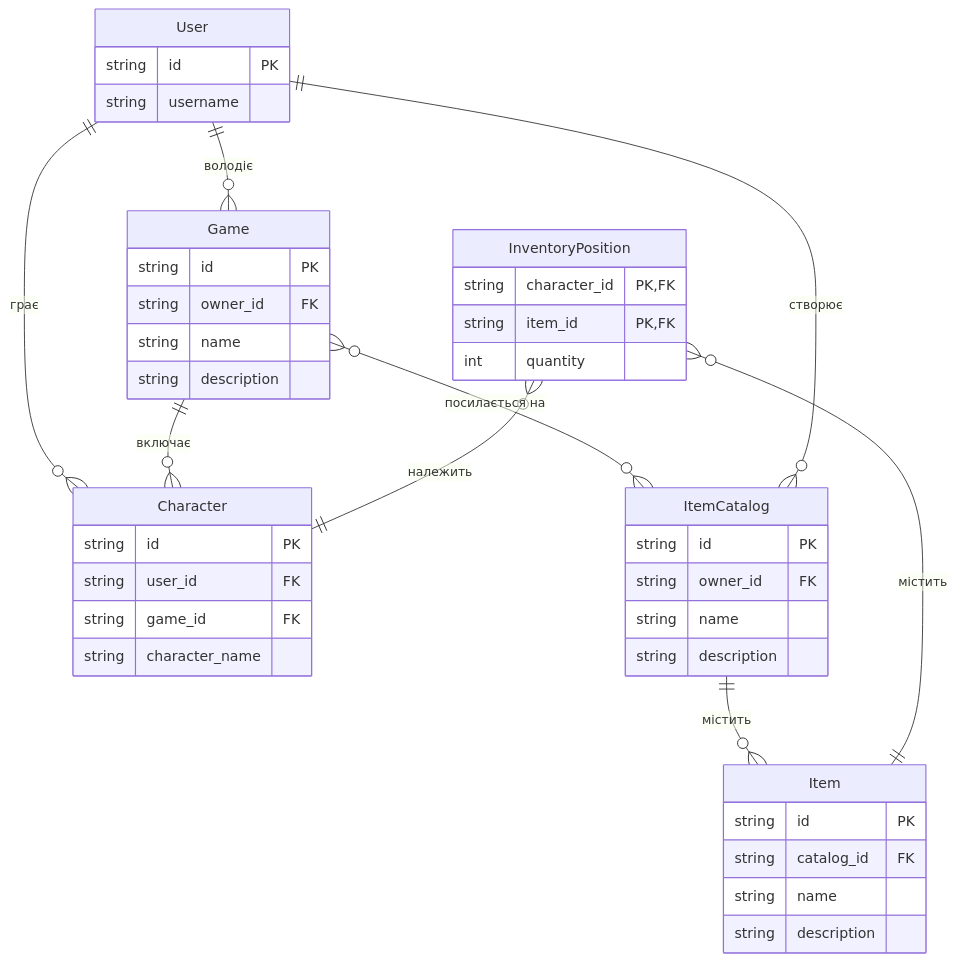
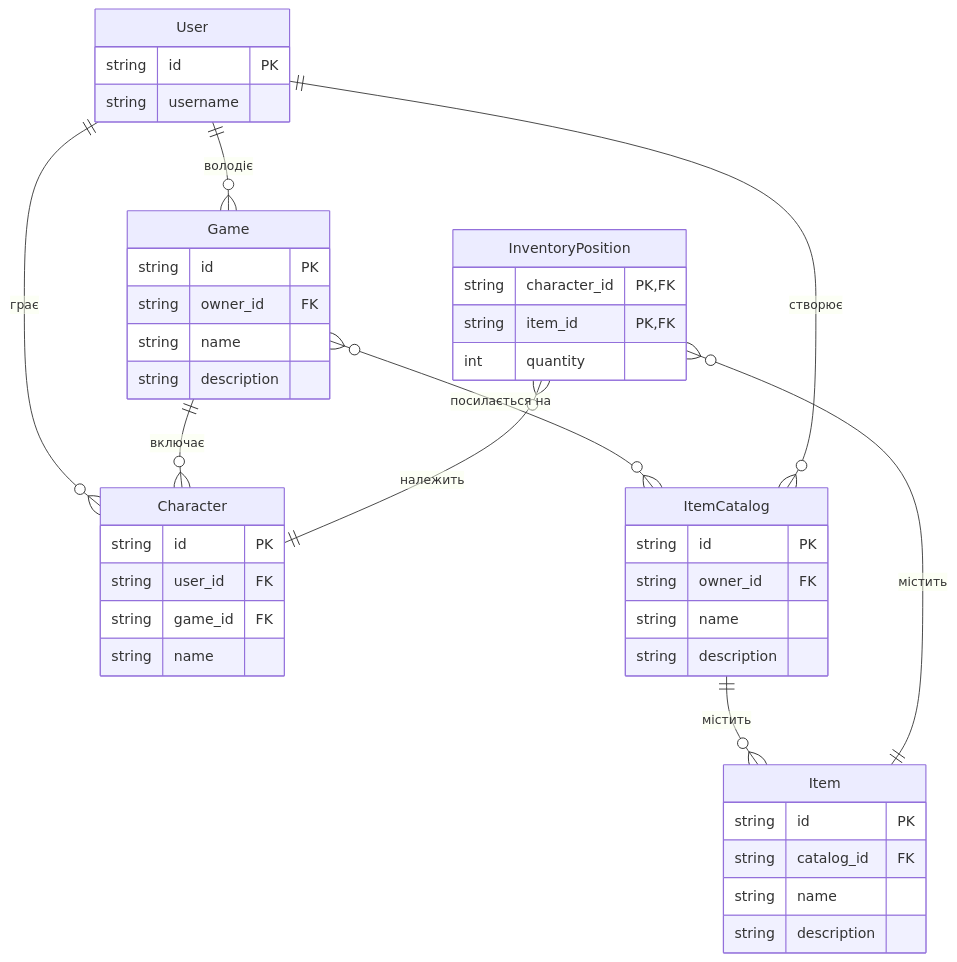
One commit to RealRusLink/rm-labs changed the diagram in 1/diagram.mmd. Above: the diagram before and after it, drawn with Mermaid. The commit also changed 1 other file, not shown here.

Commit message:
fixed attribute name

```diff
--- a/1/diagram.mmd
+++ b/1/diagram.mmd
@@ -1,48 +1,48 @@
 erDiagram
     User ||--o{ Game : "володіє"
     User ||--o{ Character : "грає"
     Game ||--o{ Character : "включає"
     Game }o--o{ ItemCatalog : "посилається на"
     ItemCatalog ||--o{ Item : "містить"
     User ||--o{ ItemCatalog : "створює"
     InventoryPosition }o--|| Item : "містить"
     InventoryPosition }o--|| Character : "належить"
 
     User {
         string id PK
         string username
     }
 
     Game {
         string id PK
         string owner_id FK
         string name
         string description
     }
 
     ItemCatalog {
         string id PK
         string owner_id FK
         string name
         string description
     }
 
     Item {
         string id PK
         string catalog_id FK
         string name
         string description
     }
 
     InventoryPosition {
         string character_id PK, FK
         string item_id PK, FK
         int quantity
     }
 
     Character {
         string id PK
         string user_id FK
         string game_id FK
-        string character_name
+        string name
     }
```
